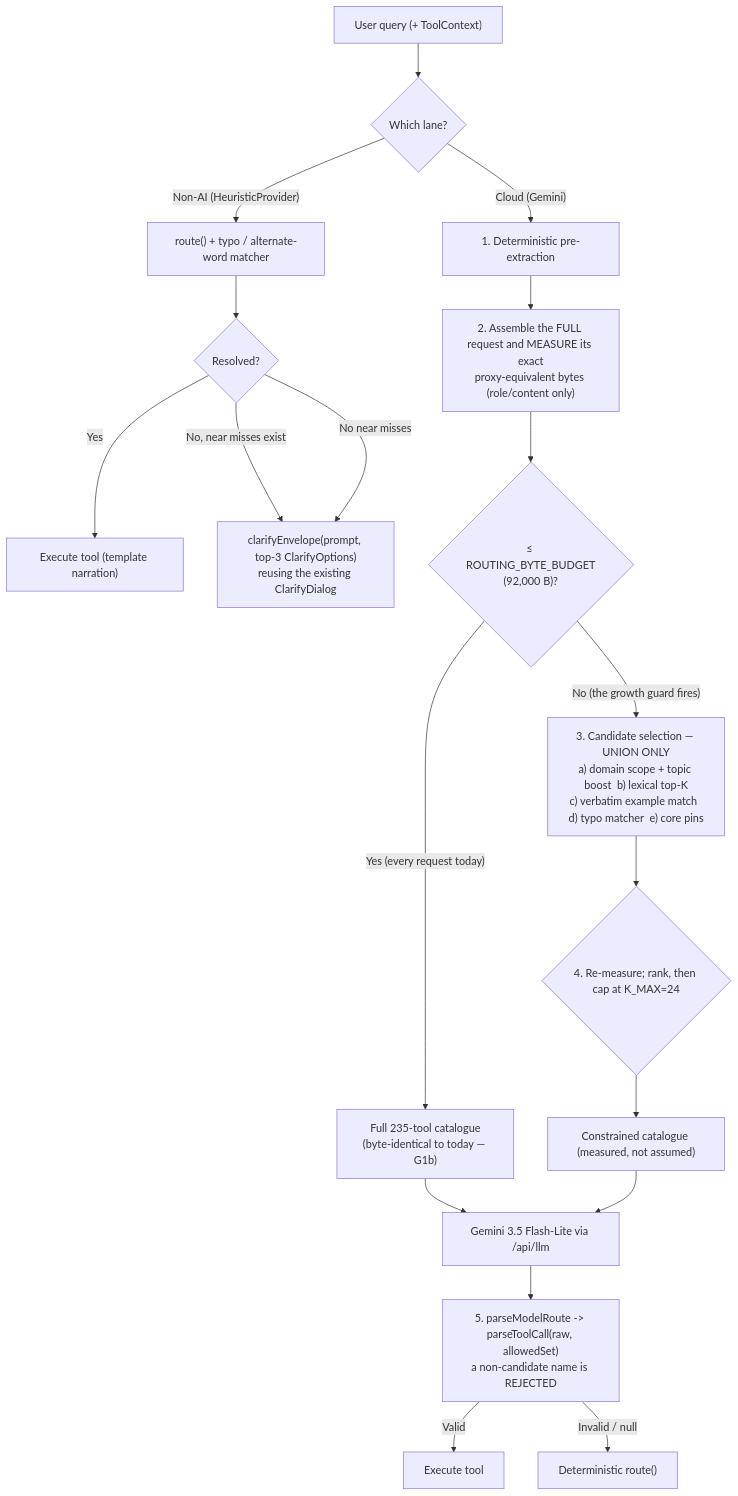
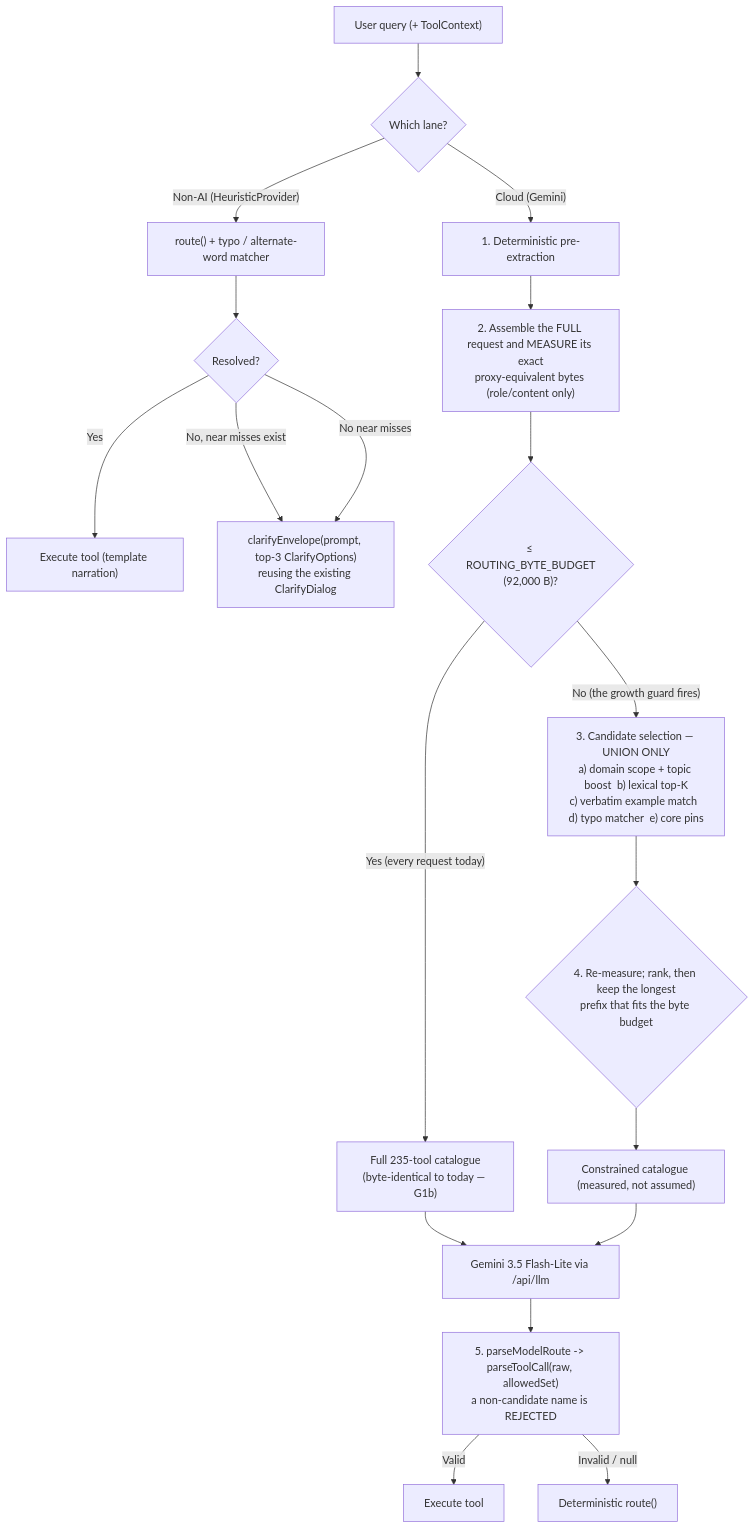
One commit to atanasster/electionsbg changed the diagram in docs/plans/ai-chat-tool-filtering-and-preselection-v1.md. Above: the diagram before and after it, drawn with Mermaid. The commit also changed other lines of this file, not shown here.

First line of the commit message:
plan: record that the tool-count cap was measured out, and what G2 found

````diff
--- a/docs/plans/ai-chat-tool-filtering-and-preselection-v1.md
+++ b/docs/plans/ai-chat-tool-filtering-and-preselection-v1.md
@@ -109,21 +109,21 @@
 ```mermaid
 flowchart TD
     Q["User query (+ ToolContext)"] --> Lane{"Which lane?"}
     Lane -- "Non-AI (HeuristicProvider)" --> Det["route() + typo / alternate-word matcher"]
     Lane -- "Cloud (Gemini)" --> Pre["1. Deterministic pre-extraction"]
     Det --> DetHit{"Resolved?"}
     DetHit -- "Yes" --> ExecD["Execute tool (template narration)"]
     DetHit -- "No, near misses exist" --> Near["clarifyEnvelope(prompt, top-3 ClarifyOptions)<br/>reusing the existing ClarifyDialog"]
     DetHit -- "No near misses" --> Near
     Pre --> Measure["2. Assemble the FULL request and MEASURE its exact<br/>proxy-equivalent bytes (role/content only)"]
     Measure --> Fits{"≤ ROUTING_BYTE_BUDGET<br/>(92,000 B)?"}
     Fits -- "Yes (every request today)" --> FullPrompt["Full 235-tool catalogue<br/>(byte-identical to today — G1b)"]
     Fits -- "No (the growth guard fires)" --> Select["3. Candidate selection — UNION ONLY<br/>a) domain scope + topic boost  b) lexical top-K<br/>c) verbatim example match  d) typo matcher  e) core pins"]
-    Select --> Sized{"4. Re-measure; rank, then cap at K_MAX=24"}
+    Select --> Sized{"4. Re-measure; rank, then keep the longest<br/>prefix that fits the byte budget"}
     Sized --> Constrained["Constrained catalogue (measured, not assumed)"]
     FullPrompt --> Gemini["Gemini 3.5 Flash-Lite via /api/llm"]
     Constrained --> Gemini
     Gemini --> Parse["5. parseModelRoute -> parseToolCall(raw, allowedSet)<br/>a non-candidate name is REJECTED"]
     Parse -- "Valid" --> ExecC["Execute tool"]
     Parse -- "Invalid / null" --> Fallback["Deterministic route()"]
 ```
````
